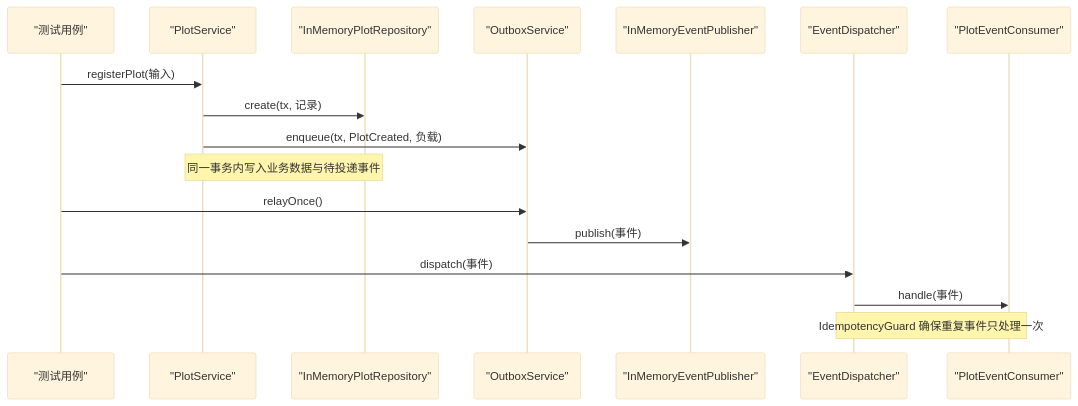
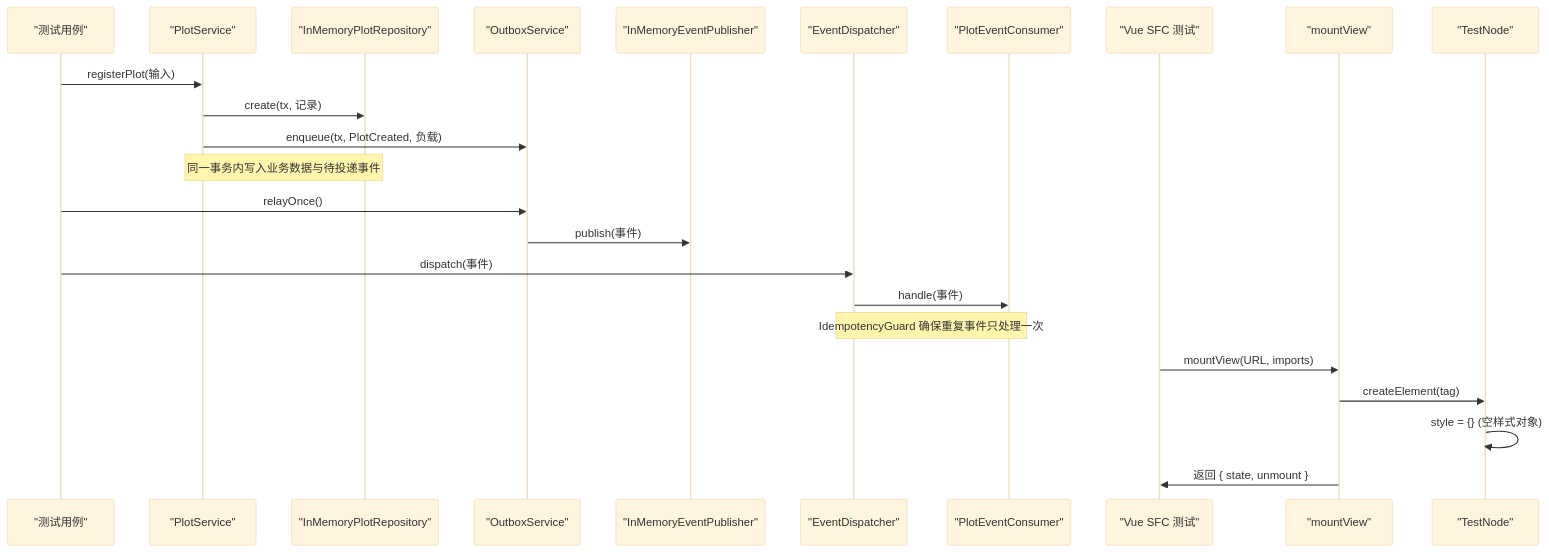
Before and after one commit to q446328246/agri-platform: the second of 5 diagrams in .qoder/repowiki/zh/content/测试策略/单元测试.md, drawn with Mermaid (base theme). The commit also changed other lines of this file and 47 other files, not shown here.

````diff
--- a/.qoder/repowiki/zh/content/测试策略/单元测试.md
+++ b/.qoder/repowiki/zh/content/测试策略/单元测试.md
@@ -86,19 +113,26 @@
 ```mermaid
 sequenceDiagram
 participant T as "测试用例"
 participant S as "PlotService"
 participant R as "InMemoryPlotRepository"
 participant O as "OutboxService"
 participant P as "InMemoryEventPublisher"
 participant D as "EventDispatcher"
 participant C as "PlotEventConsumer"
 T->>S : registerPlot(输入)
 S->>R : create(tx, 记录)
 S->>O : enqueue(tx, PlotCreated, 负载)
 Note over S,R : 同一事务内写入业务数据与待投递事件
 T->>O : relayOnce()
 O->>P : publish(事件)
 T->>D : dispatch(事件)
 D->>C : handle(事件)
 Note over D,C : IdempotencyGuard 确保重复事件只处理一次
+participant V as "Vue SFC 测试"
+participant M as "mountView"
+participant N as "TestNode"
+V->>M : mountView(URL, imports)
+M->>N : createElement(tag)
+N->>N : style = {} (空样式对象)
+M->>V : 返回 { state, unmount }
 ```
````
